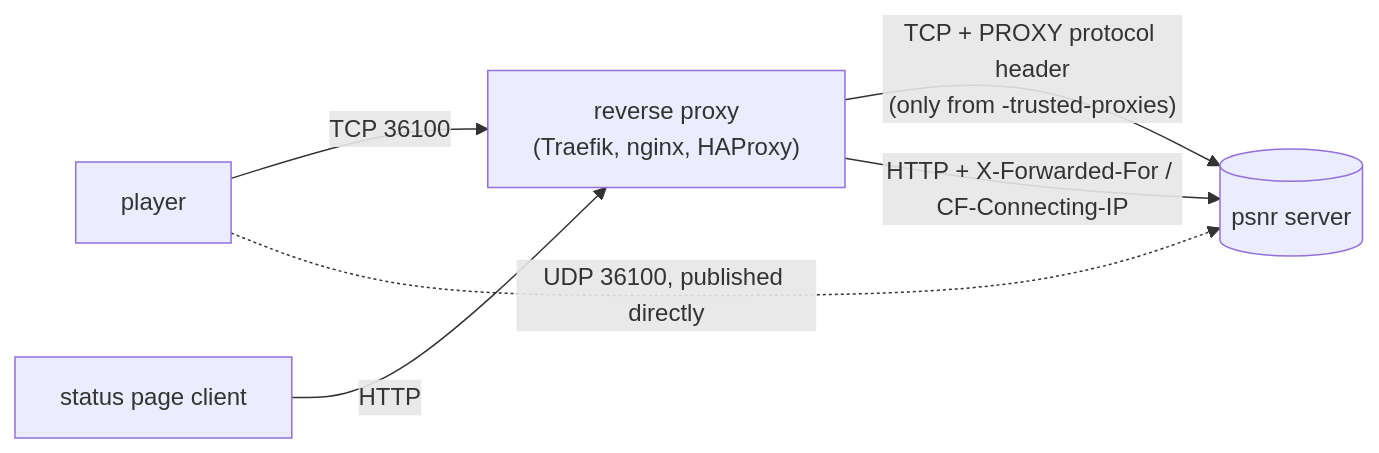
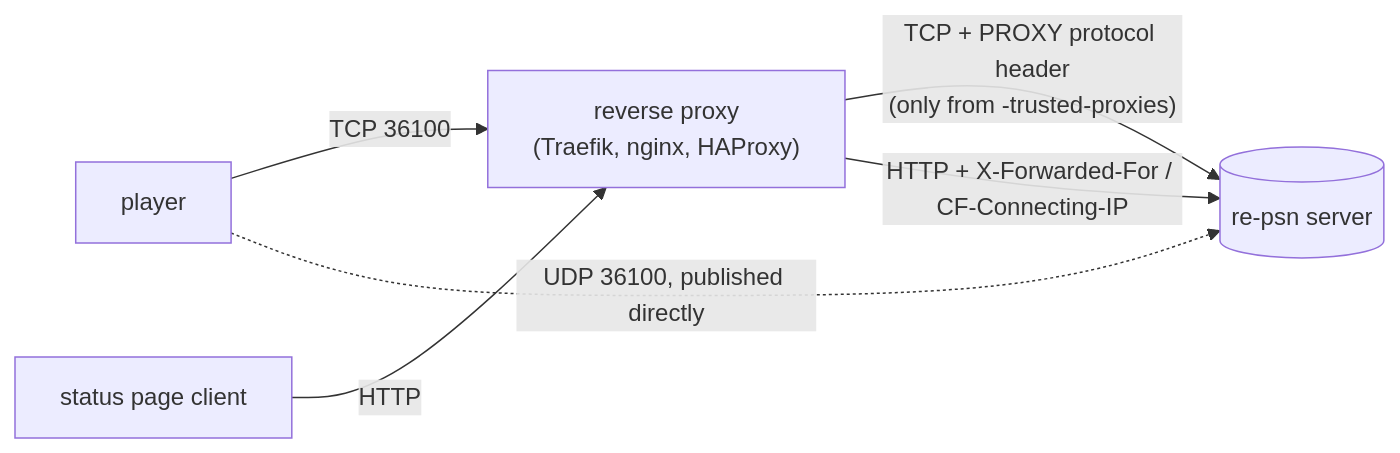
Before and after one commit to Tzeentchnet/re-psn: the second of 4 diagrams in docs/architecture.md, drawn with Mermaid. The commit also changed other lines of this file and 12 other files, not shown here.

First line of the commit message:
Convert the docs to Markdown, tidy their layout and add deploy and docker diagrams

````diff
--- a/docs/architecture.md
+++ b/docs/architecture.md
@@ -29,8 +43,8 @@
 ```mermaid
 flowchart LR
   player["player"] -- "TCP 36100" --> proxy["reverse proxy<br/>(Traefik, nginx, HAProxy)"]
-  proxy -- "TCP + PROXY protocol header<br/>(only from -trusted-proxies)" --> srv[("psnr server")]
+  proxy -- "TCP + PROXY protocol header<br/>(only from -trusted-proxies)" --> srv[("re-psn server")]
   player -. "UDP 36100, published directly" .-> srv
   admin["status page client"] -- "HTTP" --> proxy
   proxy -- "HTTP + X-Forwarded-For / CF-Connecting-IP" --> srv
 ```
````
